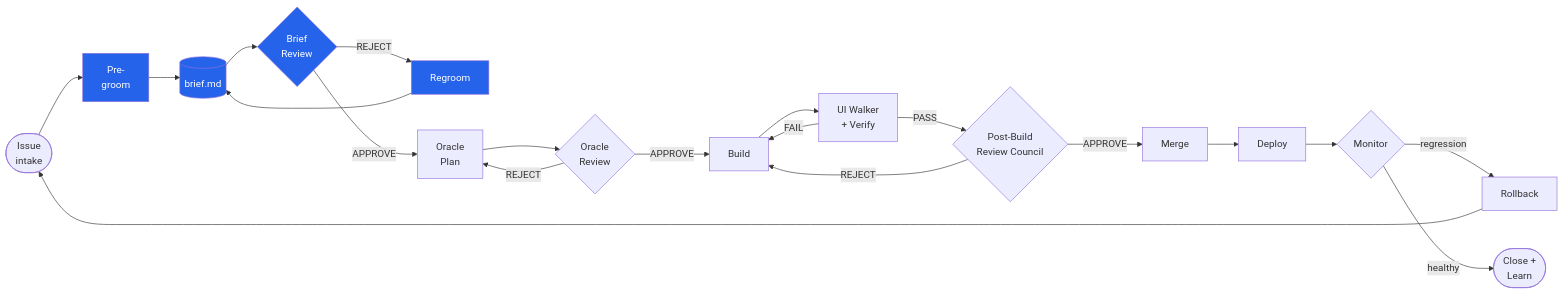
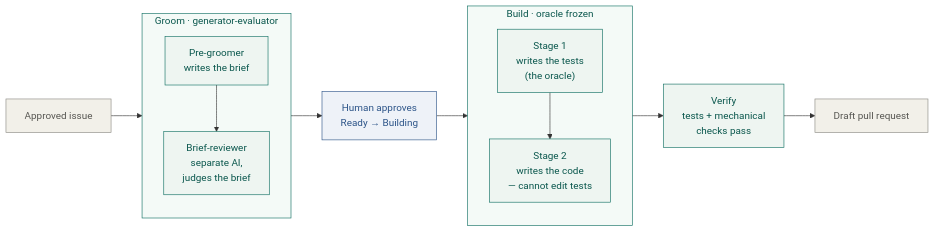
The first of 5 diagrams in docs/architecture/deliver-architecture.md (Calibrax-ai/autoship), drawn with Mermaid before and after one commit. The commit also changed other lines of this file and 8 other files, not shown here.

````diff
--- a/docs/architecture/deliver-architecture.md
+++ b/docs/architecture/deliver-architecture.md
@@ -34,27 +51,40 @@
 ```mermaid
 flowchart LR
-    Issue([Issue<br/>intake]) --> PG[Pre-<br/>groom]
-    PG --> Brief[(brief.md)]
-    Brief --> BR{Brief<br/>Review}
-    BR -->|REJECT| RG[Regroom]
-    RG --> Brief
-    BR -->|APPROVE| OP[Oracle<br/>Plan]
-    OP --> OR{Oracle<br/>Review}
-    OR -->|REJECT| OP
-    OR -->|APPROVE| BLD[Build]
-    BLD --> UIW[UI Walker<br/>+ Verify]
-    UIW -->|FAIL| BLD
-    UIW -->|PASS| PBR{Post-Build<br/>Review Council}
-    PBR -->|REJECT| BLD
-    PBR -->|APPROVE| MRG[Merge]
-    MRG --> DPL[Deploy]
-    DPL --> MON{Monitor}
-    MON -->|regression| ROLL[Rollback]
-    ROLL --> Issue
-    MON -->|healthy| CLS([Close +<br/>Learn])
+    Issue["Approved issue"]
 
-    style PG fill:#2563eb,color:#fff
-    style Brief fill:#2563eb,color:#fff
-    style BR fill:#2563eb,color:#fff
-    style RG fill:#2563eb,color:#fff
+    subgraph GROOM ["Groom · generator-evaluator"]
+      direction TB
+      PG["Pre-groomer<br/>writes the brief"]
+      BR["Brief-reviewer<br/>separate AI,<br/>judges the brief"]
+      PG --> BR
+    end
+
+    HA["Human approves<br/>Ready → Building"]
+
+    subgraph BUILD ["Build · oracle frozen"]
+      direction TB
+      S1["Stage 1<br/>writes the tests<br/>(the oracle)"]
+      S2["Stage 2<br/>writes the code<br/>— cannot edit tests"]
+      S1 --> S2
+    end
+
+    V["Verify<br/>tests + mechanical<br/>checks pass"]
+    PR["Draft pull request"]
+
+    Issue --> GROOM
+    GROOM --> HA
+    HA --> BUILD
+    BUILD --> V
+    V --> PR
+
+    classDef live fill:#eef5f1,stroke:#0d6e61,color:#0a574d
+    classDef human fill:#eef2f8,stroke:#2c5488,color:#2c5488
+    classDef ext fill:#f2f0e9,stroke:#8a8983,color:#575652
+
+    class PG,BR,S1,S2,V live
+    class HA human
+    class Issue,PR ext
+
+    style GROOM fill:#f4faf7,stroke:#0d6e61,stroke-width:1px,color:#0a574d
+    style BUILD fill:#f4faf7,stroke:#0d6e61,stroke-width:1px,color:#0a574d
 ```
````
